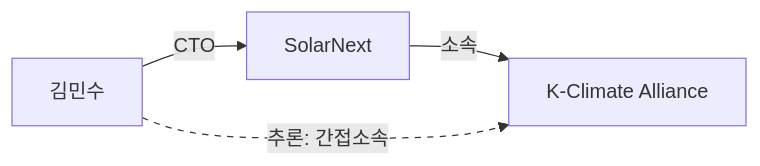
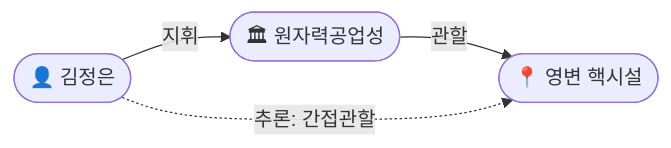
Before and after one commit to aifactory-team/onto-osint: the third of 4 diagrams in README.md, drawn with Mermaid. The commit also changed other lines of this file, not shown here.

````diff
--- a/README.md
+++ b/README.md
@@ -215,8 +227,6 @@
 ```mermaid
 graph LR
-    A["김민수"] -->|CTO| B["SolarNext"]
-    B -->|소속| C["K-Climate Alliance"]
-    A -.->|추론: 간접소속| C
-
-    linkStyle 2 stroke-dasharray:5 5
+    A(["👤 김정은"]) -->|지휘| B(["🏛 원자력공업성"])
+    B -->|관할| C(["📍 영변 핵시설"])
+    A -.->|"추론: 간접관할"| C
 ```
````
